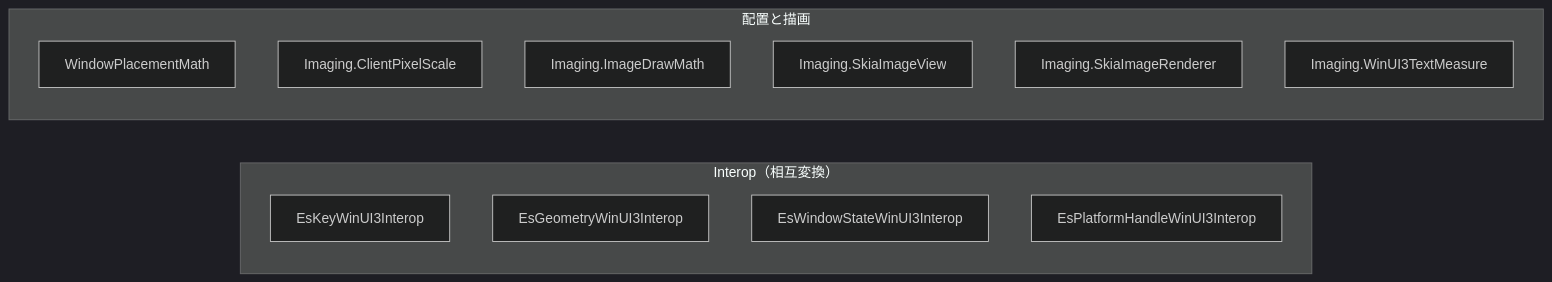
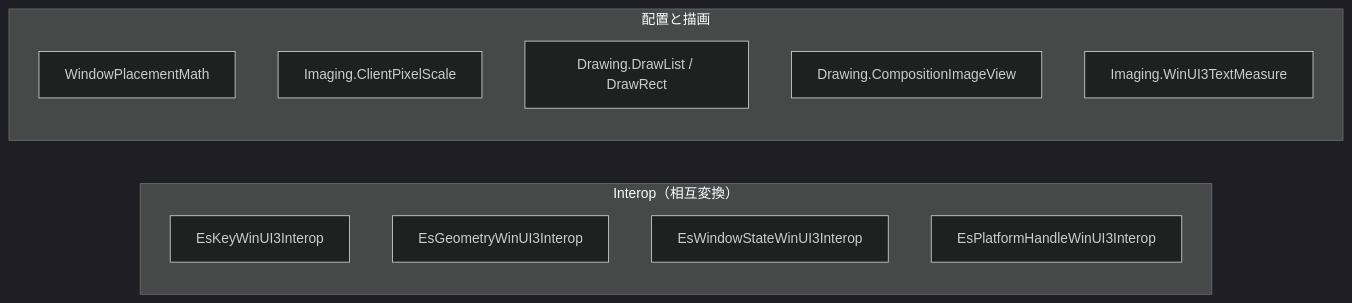
Before and after one commit to tomokuni/SaveEvidence: the second of 6 diagrams in src/Platform.WinUI3/docs/SPEC_System.md, drawn with Mermaid (dark theme). The commit also changed other lines of this file and 96 other files, not shown here.

First line of the commit message:
WinUI 3 版から SkiaSharp を外し、描画を Composition と XAML の要素へ移す

````diff
--- a/src/Platform.WinUI3/docs/SPEC_System.md
+++ b/src/Platform.WinUI3/docs/SPEC_System.md
@@ -61,17 +61,16 @@
 ```mermaid
 flowchart LR
     subgraph Interop["Interop（相互変換）"]
         KEY["EsKeyWinUI3Interop"]
         GEO["EsGeometryWinUI3Interop"]
         STATE["EsWindowStateWinUI3Interop"]
         HANDLE["EsPlatformHandleWinUI3Interop"]
     end
     subgraph Support["配置と描画"]
         PLACE["WindowPlacementMath"]
         SCALE["Imaging.ClientPixelScale"]
-        DRAW["Imaging.ImageDrawMath"]
-        VIEW["Imaging.SkiaImageView"]
-        PAINT["Imaging.SkiaImageRenderer"]
+    DRAW["Drawing.DrawList / DrawRect"]
+               VIEW["Drawing.CompositionImageView"]
         TEXT["Imaging.WinUI3TextMeasure"]
     end
 ```
````
